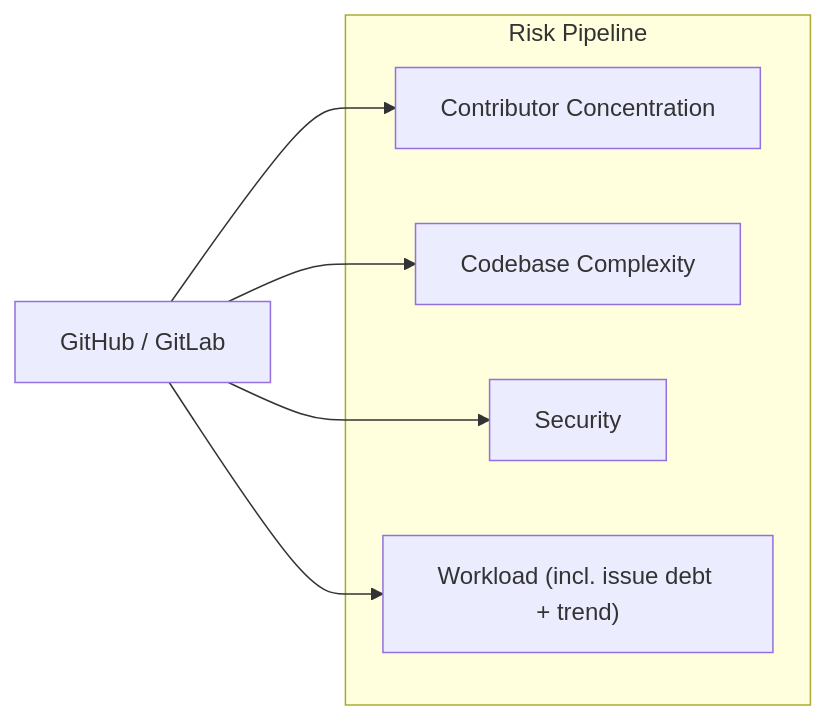
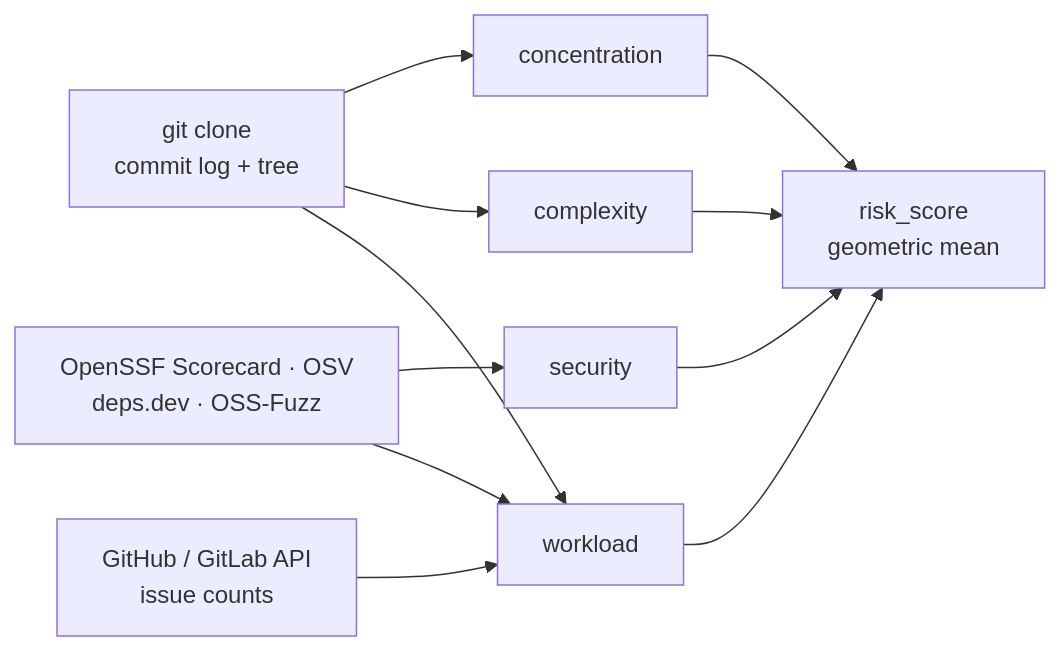
The diagram in docs/risk.md (osendowment/model), drawn with Mermaid before and after one commit. The commit also changed other lines of this file and 2 other files, not shown here.

````diff
--- a/docs/risk.md
+++ b/docs/risk.md
@@ -183,16 +39,18 @@
 ```mermaid
 graph LR
-    github["GitHub / GitLab"]
+    clone["git clone<br/>commit log + tree"]
+    host["GitHub / GitLab API<br/>issue counts"]
+    sec["OpenSSF Scorecard · OSV<br/>deps.dev · OSS-Fuzz"]
 
-    subgraph Risk["Risk Pipeline"]
-        concentration["Contributor Concentration"]
-        complexity["Codebase Complexity"]
-        security["Security"]
-        workload["Workload (incl. issue debt + trend)"]
-    end
+    clone --> concentration["concentration"]
+    clone --> complexity["complexity"]
+    sec --> security["security"]
+    clone --> workload["workload"]
+    host --> workload
+    sec --> workload
 
-    github --> concentration
-    github --> complexity
-    github --> security
-    github --> workload
+    concentration --> risk["risk_score<br/>geometric mean"]
+    complexity --> risk
+    security --> risk
+    workload --> risk
 ```
````
